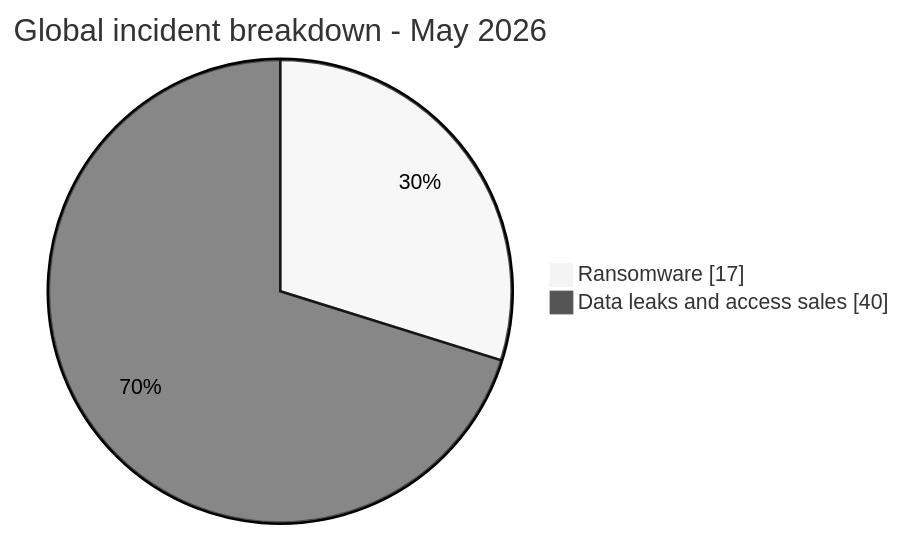
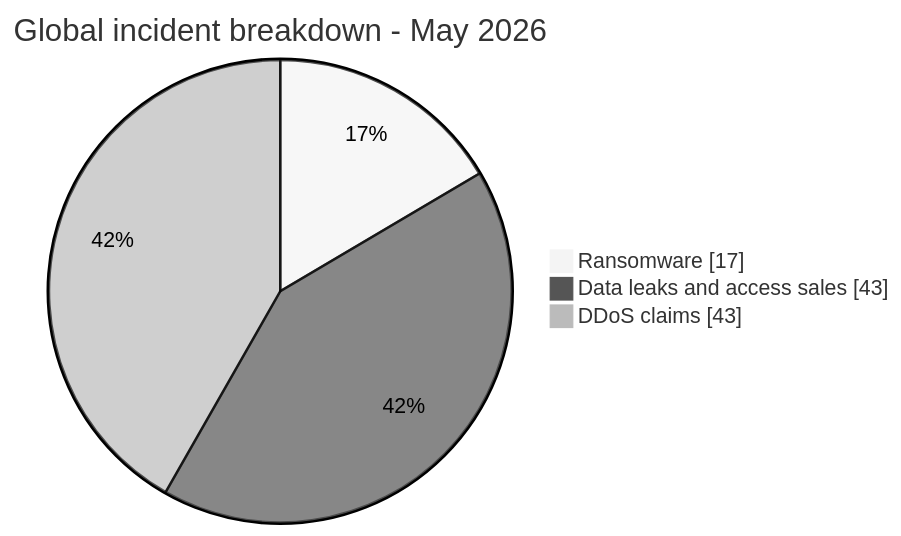
One commit to Hatchepsoute/AFRINTEL changed the first of 7 diagrams in statistics/2026/05-may/README.md. Above: the diagram before and after it, drawn with Mermaid (neutral theme). The commit also changed other lines of this file and 48 other files, not shown here.

````diff
--- a/statistics/2026/05-may/README.md
+++ b/statistics/2026/05-may/README.md
@@ -44,6 +45,7 @@
 ```mermaid
 pie showData
     title Global incident breakdown - May 2026
     "Ransomware" : 17
-    "Data leaks and access sales" : 40
+    "Data leaks and access sales" : 43
+    "DDoS claims" : 43
 ```
````
